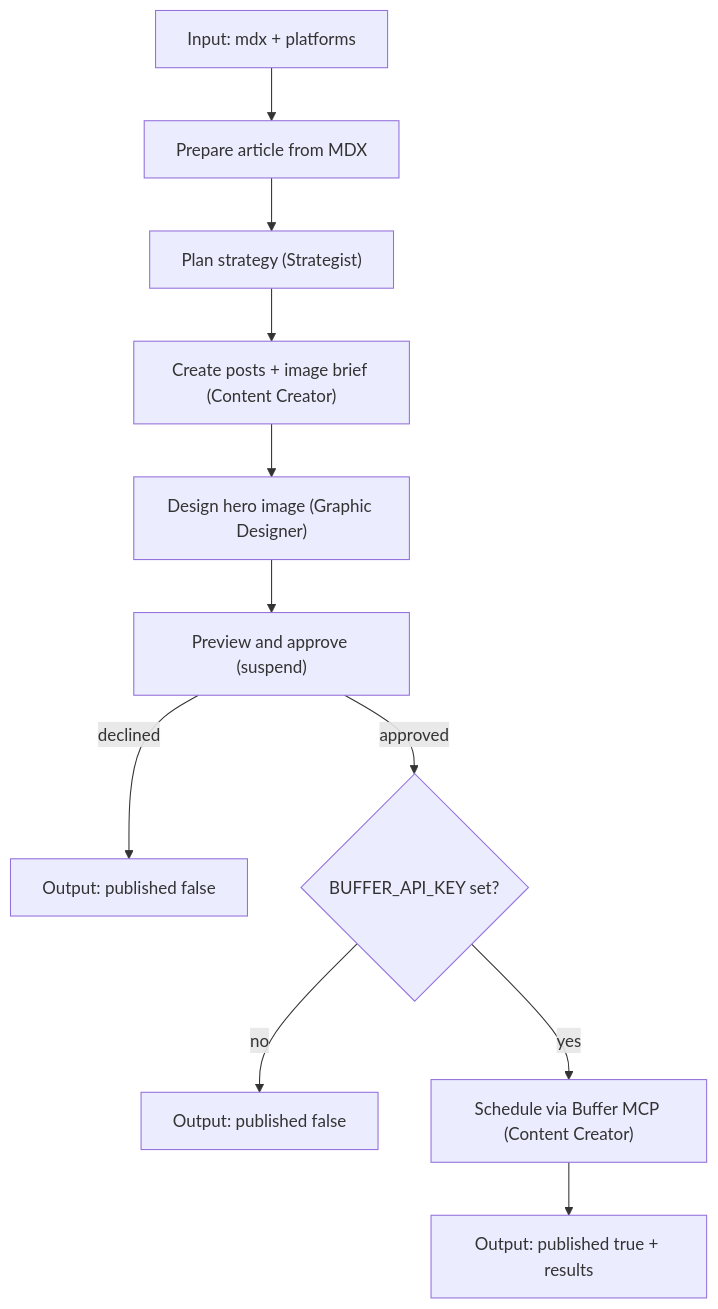
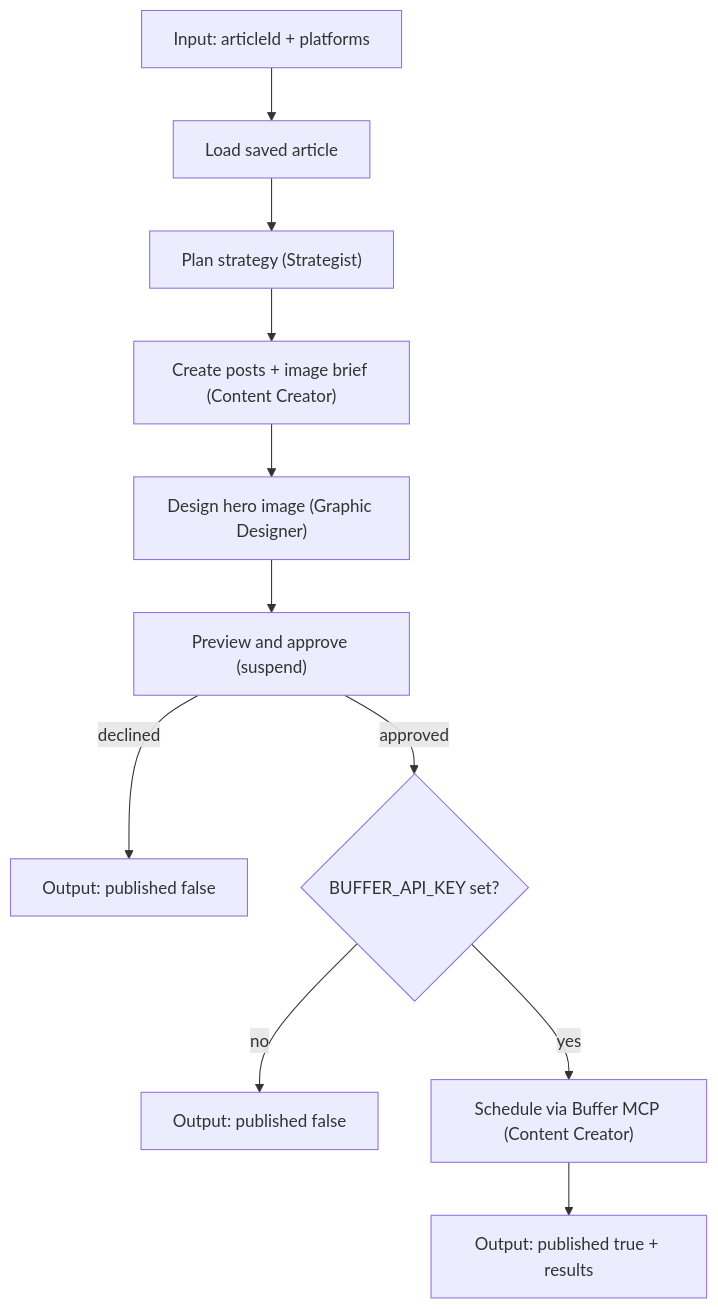
The second of 2 diagrams in docs/workflows.md (foxbit19/agentic-writer), drawn with Mermaid before and after one commit. The commit also changed other lines of this file and 3 other files, not shown here.

````diff
--- a/docs/workflows.md
+++ b/docs/workflows.md
@@ -54,13 +54,13 @@
 ```mermaid
 flowchart TD
-    input["Input: mdx + platforms"] --> prepare["Prepare article from MDX"]
+    input["Input: articleId + platforms"] --> prepare["Load saved article"]
     prepare --> strategy["Plan strategy (Strategist)"]
     strategy --> create["Create posts + image brief (Content Creator)"]
     create --> design["Design hero image (Graphic Designer)"]
     design --> preview["Preview and approve (suspend)"]
     preview -->|declined| declined["Output: published false"]
     preview -->|approved| bufferKey{BUFFER_API_KEY set?}
     bufferKey -->|no| noKey["Output: published false"]
     bufferKey -->|yes| publish["Schedule via Buffer MCP (Content Creator)"]
     publish --> published["Output: published true + results"]
 ```
````
